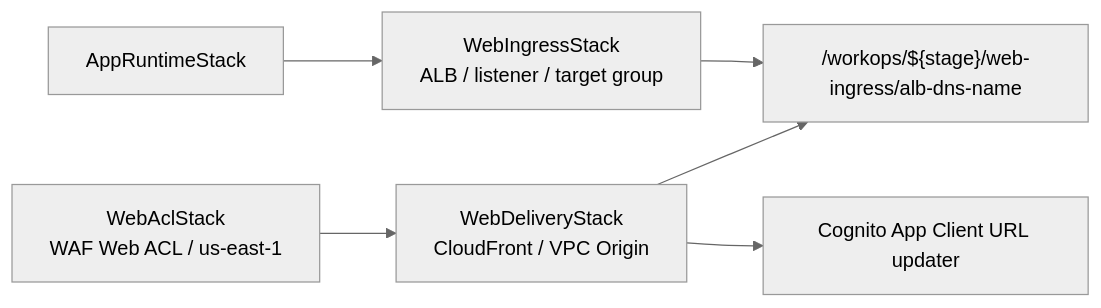
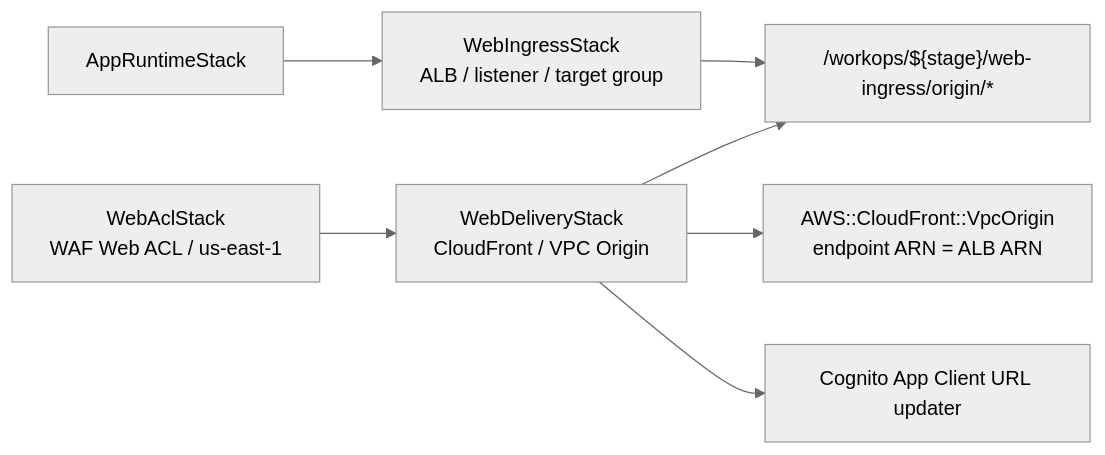
One commit to kyiwanami/workops changed the diagram in docs/implementation/phase2-beta/agent-tasks/P2-beta/P2-beta-05-web-delivery-ingress-split.md. Above: the diagram before and after it, drawn with Mermaid (neutral theme). The commit also changed other lines of this file and 3 other files, not shown here.

Commit message:
docs: revise web delivery ingress split contract

````diff
--- a/docs/implementation/phase2-beta/agent-tasks/P2-beta/P2-beta-05-web-delivery-ingress-split.md
+++ b/docs/implementation/phase2-beta/agent-tasks/P2-beta/P2-beta-05-web-delivery-ingress-split.md
@@ -55,8 +65,9 @@
 ```mermaid
 flowchart LR
   WebAcl["WebAclStack<br/>WAF Web ACL / us-east-1"] --> Delivery
-  Ingress["WebIngressStack<br/>ALB / listener / target group"] --> SSM["/workops/${stage}/web-ingress/alb-dns-name"]
+  Ingress["WebIngressStack<br/>ALB / listener / target group"] --> SSM["/workops/${stage}/web-ingress/origin/*"]
   Delivery["WebDeliveryStack<br/>CloudFront / VPC Origin"] --> SSM
+  Delivery --> VpcOrigin["AWS::CloudFront::VpcOrigin<br/>endpoint ARN = ALB ARN"]
   Delivery --> Cognito["Cognito App Client URL updater"]
   Runtime["AppRuntimeStack"] --> Ingress
 ```
````
